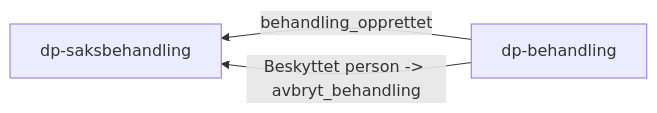
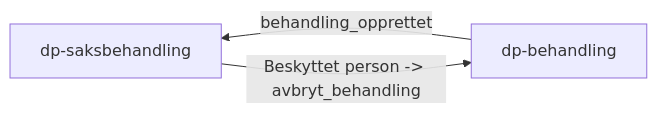
Before and after one commit to navikt/dp-saksbehandling: the first of 3 diagrams in dokumentasjon/Hendelseflyt.md, drawn with Mermaid. The commit also changed other lines of this file, not shown here.

Commit message:
Fiks piler og sånt i doc

````diff
--- a/dokumentasjon/Hendelseflyt.md
+++ b/dokumentasjon/Hendelseflyt.md
@@ -5,6 +5,6 @@
 ```mermaid
 graph RL
 
   A["dp-behandling"] --> |"behandling_opprettet"| B["dp-saksbehandling"]
-  A["dp-behandling"] --> |"Beskyttet person -> avbryt_behandling"| B["dp-saksbehandling"]
+  B["dp-saksbehandling"] --> |"Beskyttet person -> avbryt_behandling"| A["dp-behandling"]
 ```
````
